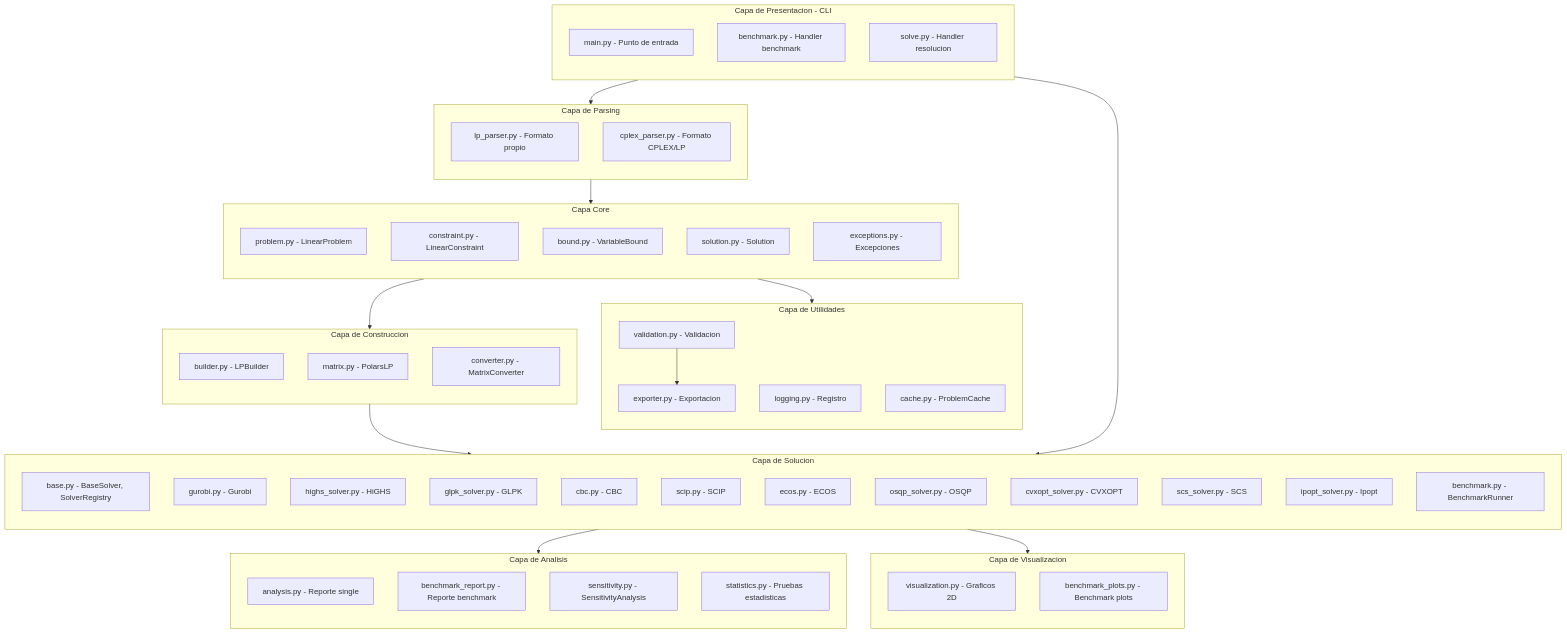
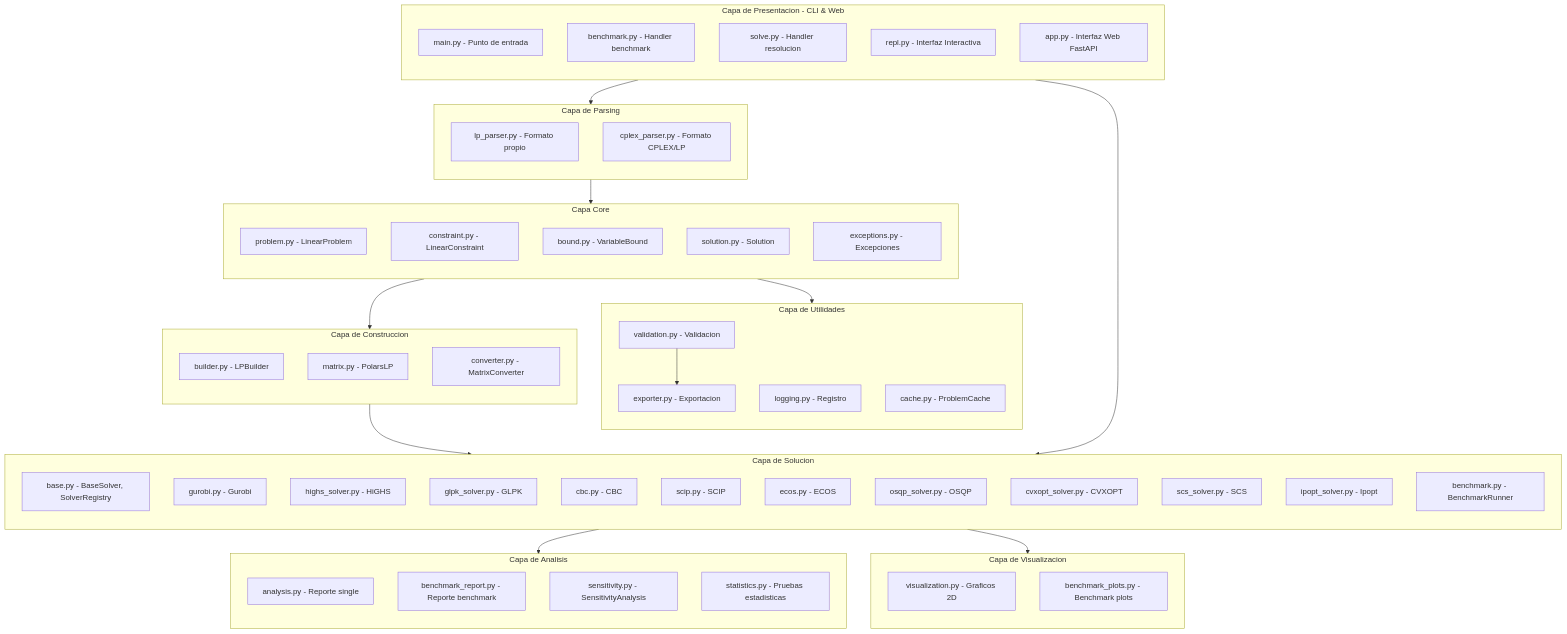
Before and after one commit to Jesus-MMM/ISLA-LP-Benchmark: the first of 35 diagrams in README.md, drawn with Mermaid. The commit also changed other lines of this file and 4 other files, not shown here.

````diff
--- a/README.md
+++ b/README.md
@@ -62,79 +65,81 @@
 ```mermaid
 flowchart TB
-    subgraph CLI["Capa de Presentacion - CLI"]
+    subgraph CLI["Capa de Presentacion - CLI & Web"]
         direction TB
         MAIN["main.py - Punto de entrada"]
         BENCH["benchmark.py - Handler benchmark"]
         SOLVE["solve.py - Handler resolucion"]
+        REPL["repl.py - Interfaz Interactiva"]
+        WEB["app.py - Interfaz Web FastAPI"]
     end
     
     subgraph SOLVER["Capa de Solucion"]
         direction TB
         BASE["base.py - BaseSolver, SolverRegistry"]
         GUROBI["gurobi.py - Gurobi"]
         HIGHS["highs_solver.py - HiGHS"]
         GLPK["glpk_solver.py - GLPK"]
         CBC["cbc.py - CBC"]
         SCIP["scip.py - SCIP"]
         ECOS["ecos.py - ECOS"]
         OSQP["osqp_solver.py - OSQP"]
         CVXOPT["cvxopt_solver.py - CVXOPT"]
         SCS["scs_solver.py - SCS"]
         IPOPT["ipopt_solver.py - Ipopt"]
         BENCHRUN["benchmark.py - BenchmarkRunner"]
     end
     
     subgraph PARSER["Capa de Parsing"]
         direction TB
         LP["lp_parser.py - Formato propio"]
         CPLEX["cplex_parser.py - Formato CPLEX/LP"]
     end
     
     subgraph CORE["Capa Core"]
         direction TB
         PROBLEM["problem.py - LinearProblem"]
         CONSTRAINT["constraint.py - LinearConstraint"]
         BOUND["bound.py - VariableBound"]
         SOLUTION["solution.py - Solution"]
         EXC["exceptions.py - Excepciones"]
     end
     
     subgraph MATRIX["Capa de Construccion"]
         direction TB
         BUILD["builder.py - LPBuilder"]
         POLARS["matrix.py - PolarsLP"]
         CONV["converter.py - MatrixConverter"]
     end
     
     subgraph ANALYSIS["Capa de Analisis"]
         direction TB
         AN["analysis.py - Reporte single"]
         BENCHREP["benchmark_report.py - Reporte benchmark"]
         SENS["sensitivity.py - SensitivityAnalysis"]
         STATS["statistics.py - Pruebas estadisticas"]
     end
     
     subgraph VIS["Capa de Visualizacion"]
         direction TB
         VISUAL["visualization.py - Graficos 2D"]
         BENCHPLOTS["benchmark_plots.py - Benchmark plots"]
     end
     
     subgraph UTILS["Capa de Utilidades"]
         direction TB
         VAL["validation.py - Validacion"]
         EXP["exporter.py - Exportacion"]
         LOG["logging.py - Registro"]
         CACHE["cache.py - ProblemCache"]
     end
     
     CLI --> PARSER
     CLI --> SOLVER
     PARSER --> CORE
     CORE --> MATRIX
     MATRIX --> SOLVER
     SOLVER --> ANALYSIS
     SOLVER --> VIS
     CORE --> VAL
     VAL --> EXP
 ```
````
